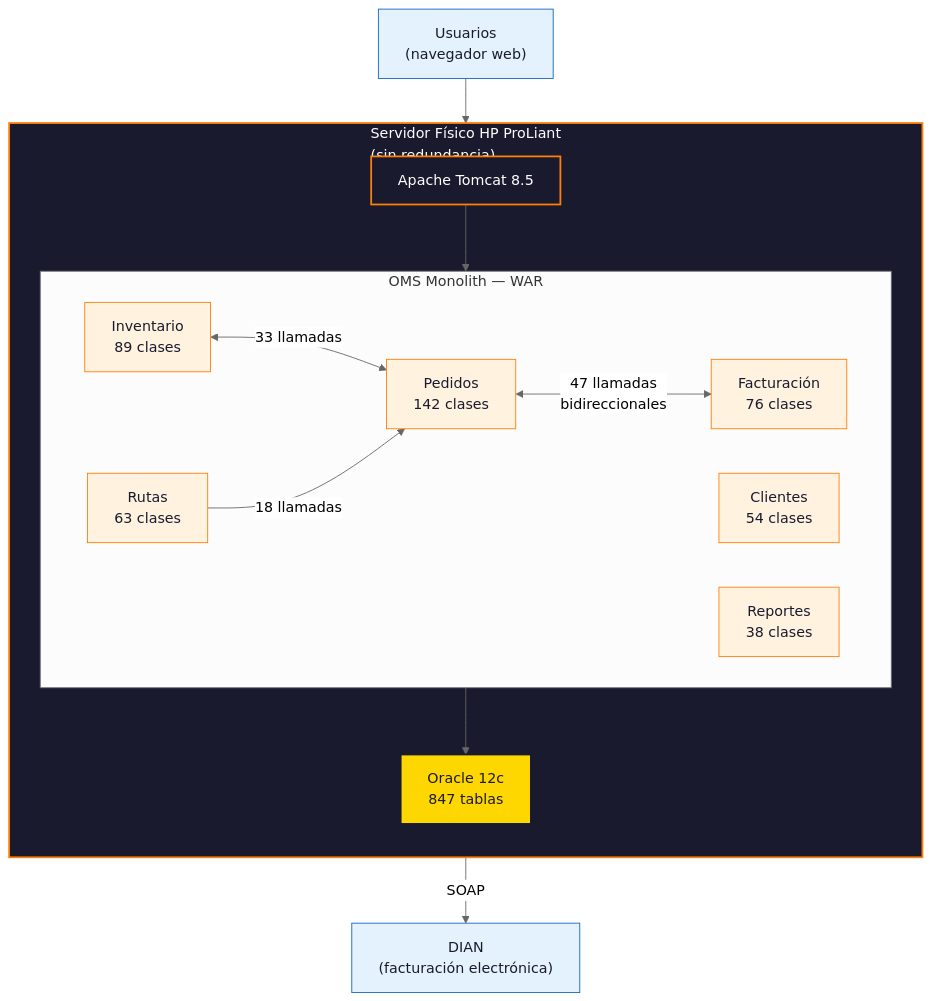
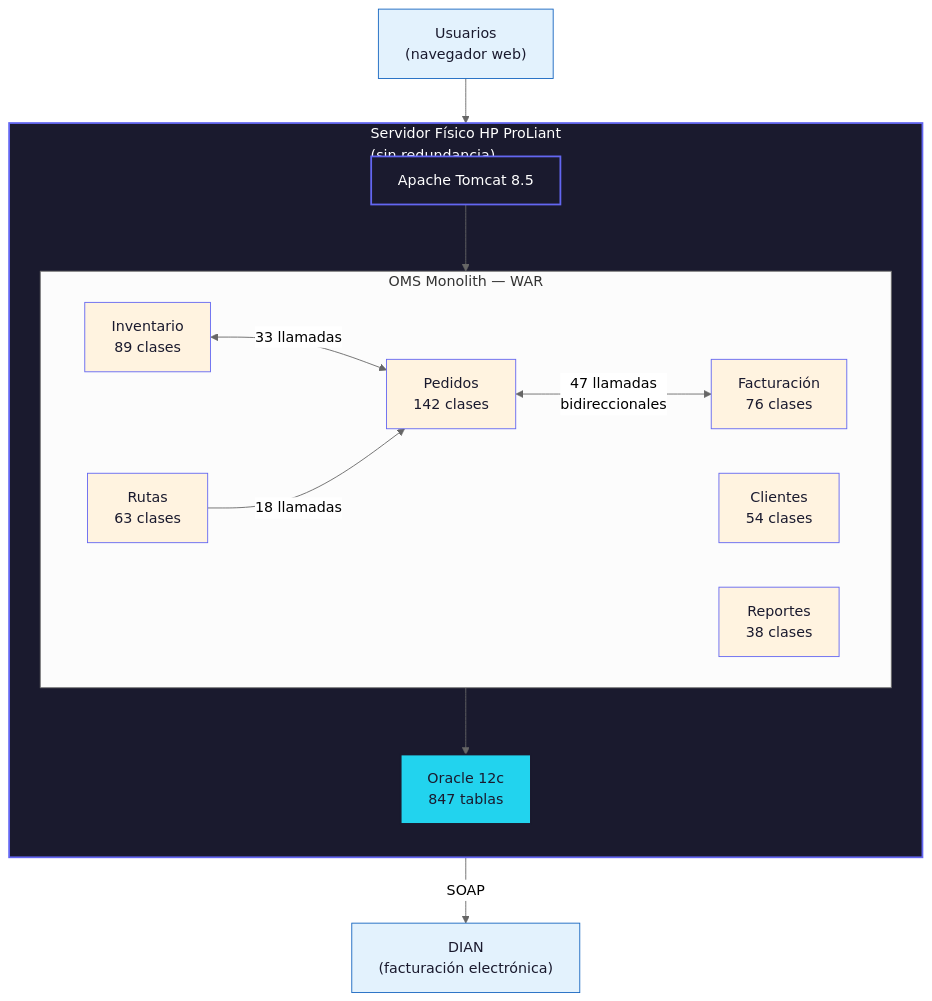
One commit to javiermontano-sofka/sofka-discovery-framework-public changed the diagram in sofka-discovery-framework/skills/technical-writing/examples/sample-output.md. Above: the diagram before and after it, drawn with Mermaid (neutral theme). The commit also changed other lines of this file and 4014 other files, not shown here.

First line of the commit message:
feat(cross-framework): sync 209 skills across SDF, MAO, PM — add 6 AI architecture skills

````diff
--- a/sofka-discovery-framework/skills/technical-writing/examples/sample-output.md
+++ b/sofka-discovery-framework/skills/technical-writing/examples/sample-output.md
@@ -48,35 +48,35 @@
 ```mermaid
 graph TD
     subgraph SERVIDOR["Servidor Físico HP ProLiant<br/>(sin redundancia)"]
         direction TB
         TOMCAT["Apache Tomcat 8.5"]
         subgraph MONOLITO["OMS Monolith — WAR"]
             direction LR
             PEDIDOS["Pedidos<br/>142 clases"]
             INVENTARIO["Inventario<br/>89 clases"]
             FACTURACION["Facturación<br/>76 clases"]
             CLIENTES["Clientes<br/>54 clases"]
             RUTAS["Rutas<br/>63 clases"]
             REPORTES["Reportes<br/>38 clases"]
         end
         ORACLE["Oracle 12c<br/>847 tablas"]
     end
 
     USERS["Usuarios<br/>(navegador web)"] --> TOMCAT
     TOMCAT --> MONOLITO
     MONOLITO --> ORACLE
     PEDIDOS <-->|47 llamadas<br/>bidireccionales| FACTURACION
     INVENTARIO <-->|33 llamadas| PEDIDOS
     RUTAS -->|18 llamadas| PEDIDOS
     FACTURACION -->|SOAP| DIAN["DIAN<br/>(facturación electrónica)"]
 
-    classDef server fill:#1A1A2E,stroke:#FF7E08,color:#fff,stroke-width:2px
-    classDef module fill:#FFF3E0,stroke:#FF7E08,color:#1A1A2E
-    classDef db fill:#FFD700,stroke:#1A1A2E,color:#1A1A2E,stroke-width:2px
+    classDef server fill:#1A1A2E,stroke:#6366F1,color:#fff,stroke-width:2px
+    classDef module fill:#FFF3E0,stroke:#6366F1,color:#1A1A2E
+    classDef db fill:#22D3EE,stroke:#1A1A2E,color:#1A1A2E,stroke-width:2px
     classDef external fill:#E3F2FD,stroke:#1565C0,color:#1A1A2E
 
     class SERVIDOR,TOMCAT server
     class PEDIDOS,INVENTARIO,FACTURACION,CLIENTES,RUTAS,REPORTES module
     class ORACLE db
     class USERS,DIAN external
 ```
````
